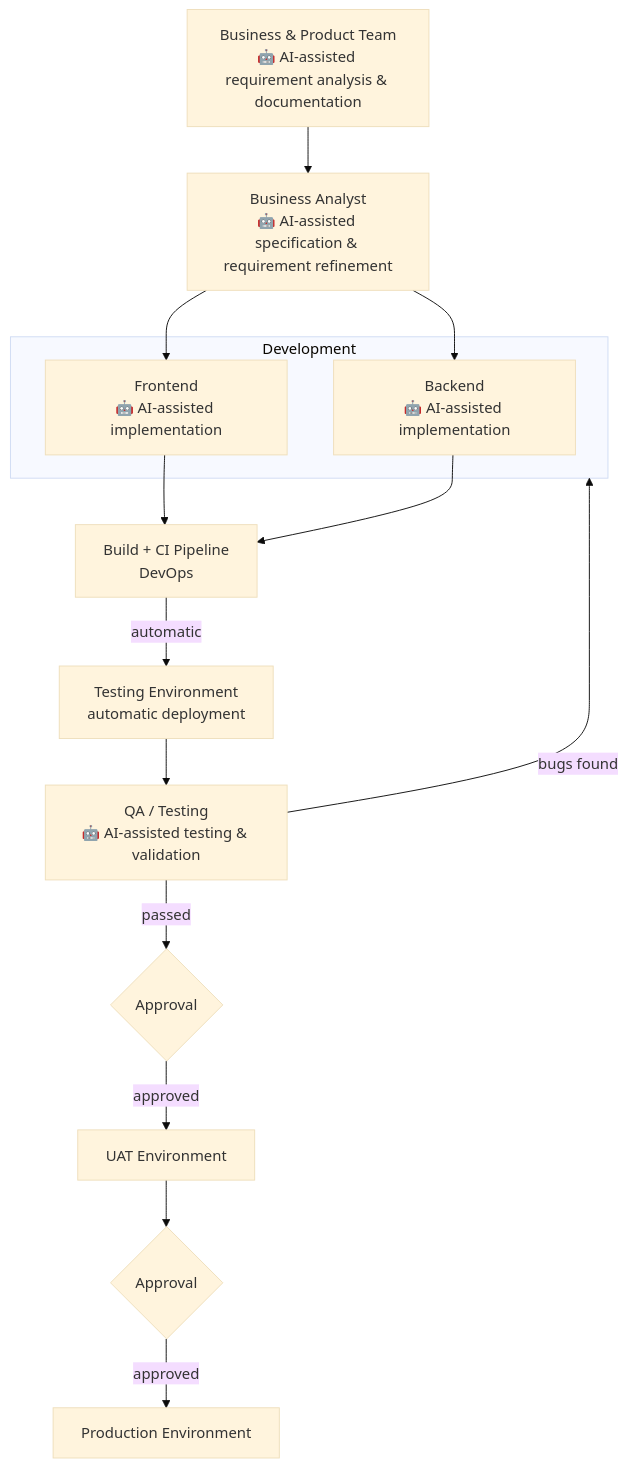
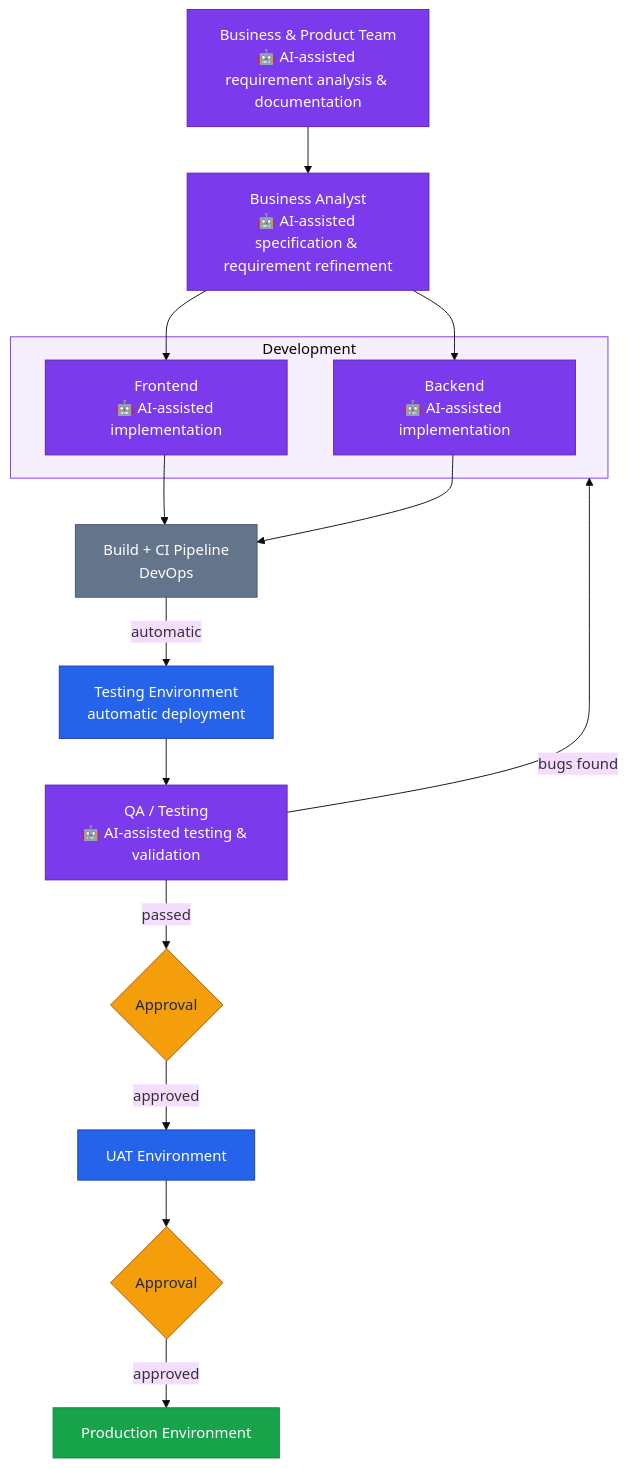
The second of 6 diagrams in peopledesk-ba-workspace/README.md (peopledesk-app/engineering-blueprint), drawn with Mermaid (base theme) before and after one commit. The commit also changed other lines of this file, not shown here.

First line of the commit message:
Color-code all diagrams with a consistent semantic palette

````diff
--- a/peopledesk-ba-workspace/README.md
+++ b/peopledesk-ba-workspace/README.md
@@ -94,32 +108,44 @@
 ```mermaid
 flowchart TB
 
 BP["Business & Product Team<br/>🤖 AI-assisted requirement analysis & documentation"]
 BA["Business Analyst<br/>🤖 AI-assisted specification & requirement refinement"]
 
 subgraph DEV[Development]
     FE["Frontend<br/>🤖 AI-assisted implementation"]
     BE["Backend<br/>🤖 AI-assisted implementation"]
 end
 
 CI["Build + CI Pipeline<br/>DevOps"]
 TEST["Testing Environment<br/>automatic deployment"]
 QA["QA / Testing<br/>🤖 AI-assisted testing & validation"]
 UATA{Approval}
 UAT[UAT Environment]
 PRODA{Approval}
 PROD[Production Environment]
 
 BP --> BA
 BA --> FE
 BA --> BE
 FE --> CI
 BE --> CI
 CI -->|automatic| TEST
 TEST --> QA
 QA -->|bugs found| DEV
 QA -->|passed| UATA
 UATA -->|approved| UAT
 UAT --> PRODA
 PRODA -->|approved| PROD
+
+classDef ai fill:#7C3AED,stroke:#5B21B6,color:#FFFFFF
+classDef human fill:#F59E0B,stroke:#B45309,color:#1F2937
+classDef env fill:#2563EB,stroke:#1E40AF,color:#FFFFFF
+classDef ops fill:#64748B,stroke:#475569,color:#FFFFFF
+classDef live fill:#16A34A,stroke:#15803D,color:#FFFFFF
+class BP,BA,FE,BE,QA ai
+class CI ops
+class TEST,UAT env
+class UATA,PRODA human
+class PROD live
+style DEV fill:#7C3AED14,stroke:#7C3AED
 ```
````
